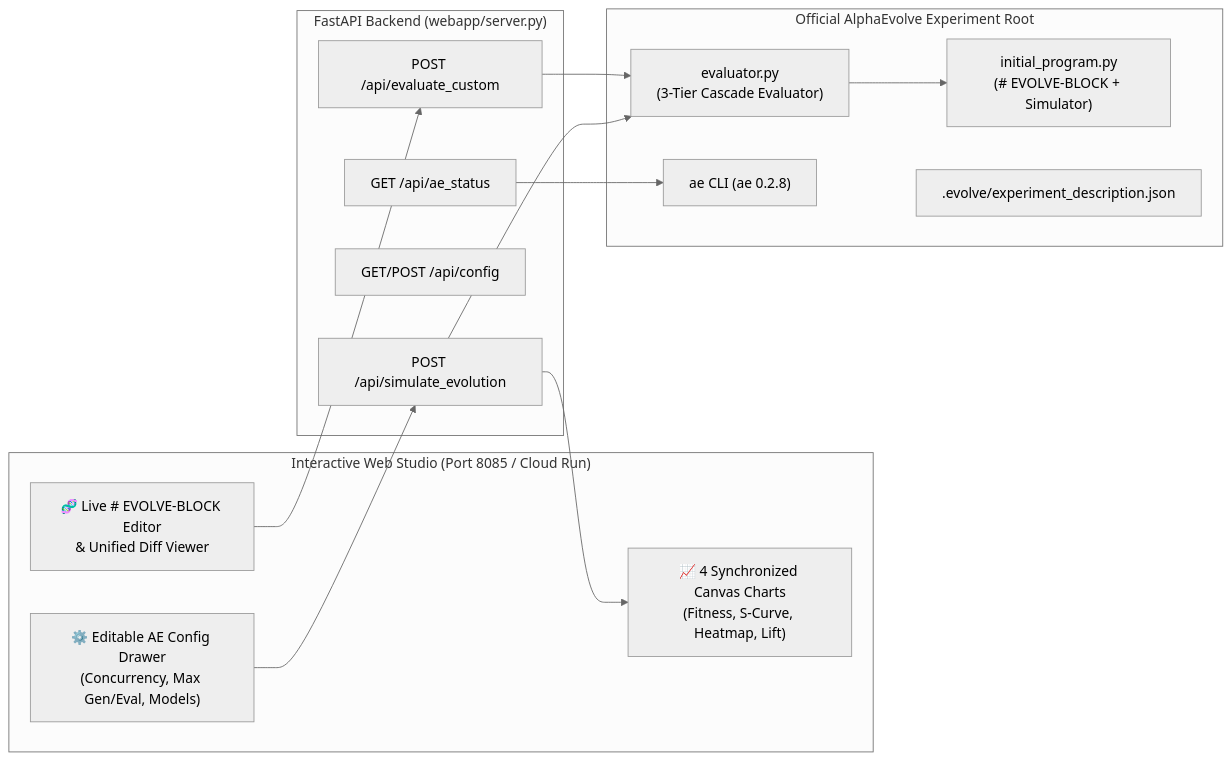
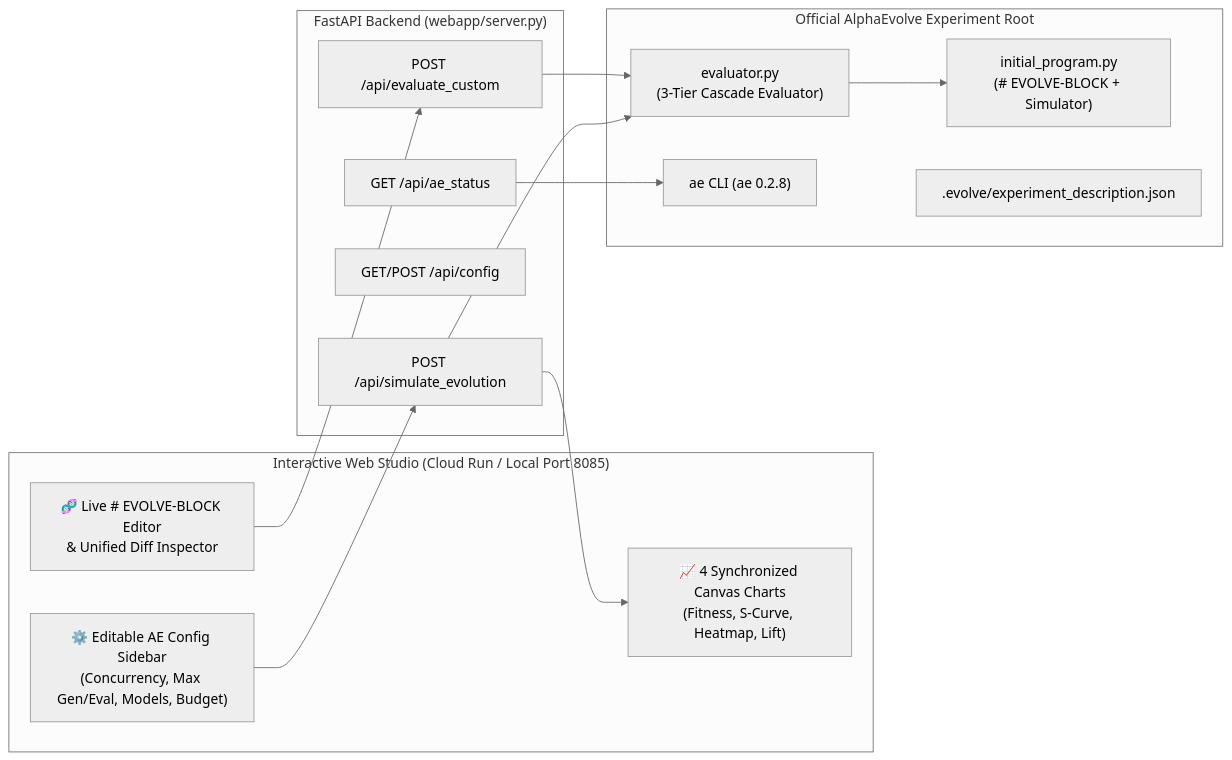
Before and after one commit to elhadik/Ads_Alpha_Evolve: the third of 3 diagrams in README.md, drawn with Mermaid (neutral theme). The commit also changed other lines of this file, not shown here.

````diff
--- a/README.md
+++ b/README.md
@@ -103,30 +587,30 @@
 ```mermaid
 flowchart LR
-    subgraph Browser["Interactive Web Studio (Port 8085 / Cloud Run)"]
-        CFG["⚙️ Editable AE Config Drawer\n(Concurrency, Max Gen/Eval, Models)"]
+    subgraph Browser["Interactive Web Studio (Cloud Run / Local Port 8085)"]
+        CFG["⚙️ Editable AE Config Sidebar\n(Concurrency, Max Gen/Eval, Models, Budget)"]
         CHARTS["📈 4 Synchronized Canvas Charts\n(Fitness, S-Curve, Heatmap, Lift)"]
-        EDITOR["🧬 Live # EVOLVE-BLOCK Editor\n& Unified Diff Viewer"]
+        EDITOR["🧬 Live # EVOLVE-BLOCK Editor\n& Unified Diff Inspector"]
     end
 
     subgraph FastAPI["FastAPI Backend (webapp/server.py)"]
         SIM["POST /api/simulate_evolution"]
         CUSTOM["POST /api/evaluate_custom"]
         CONF["GET/POST /api/config"]
         AESTAT["GET /api/ae_status"]
     end
 
     subgraph CoreAE["Official AlphaEvolve Experiment Root"]
         INIT["initial_program.py\n(# EVOLVE-BLOCK + Simulator)"]
         EVAL["evaluator.py\n(3-Tier Cascade Evaluator)"]
         DESC[".evolve/experiment_description.json"]
         CLI["ae CLI (ae 0.2.8)"]
     end
 
     CFG --> SIM
     EDITOR --> CUSTOM
     SIM --> EVAL
     CUSTOM --> EVAL
     EVAL --> INIT
     AESTAT --> CLI
     SIM --> CHARTS
 ```
````
